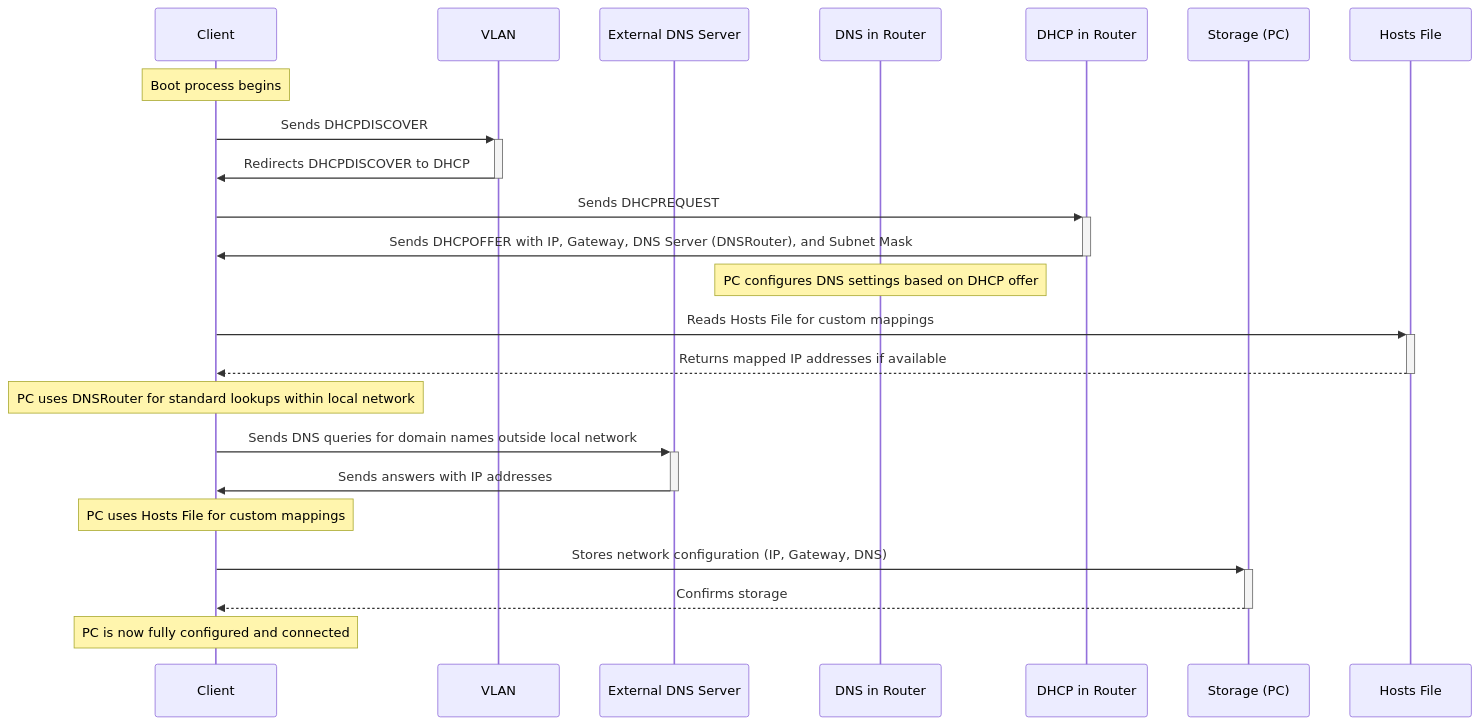
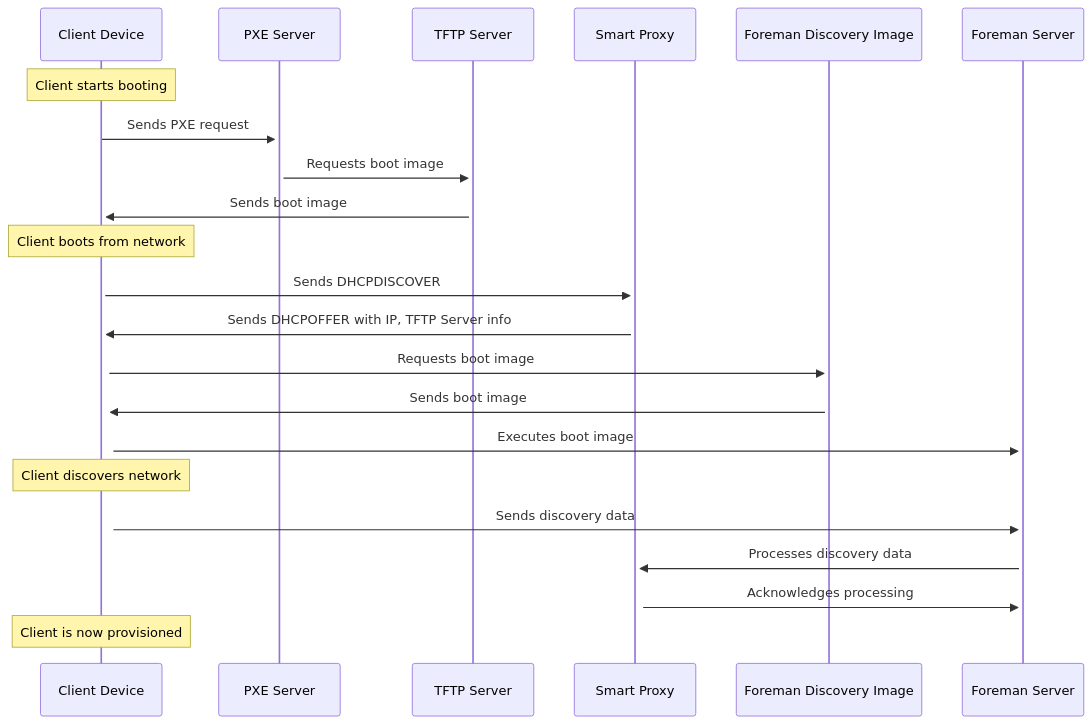
One commit to ji-podhead/RHEL_9_Foreman_Guide changed the fifth of 7 diagrams in readme.md. Above: the diagram before and after it, drawn with Mermaid. The commit also changed other lines of this file, not shown here.

````diff
--- a/readme.md
+++ b/readme.md
@@ -131,28 +132,28 @@
 ```mermaid
 sequenceDiagram
-    participant PC as Client
-    participant VLAN as VLAN
-    participant ExternalDNS as External DNS Server
-    participant DNSRouter as DNS in Router
-    participant DHCP as DHCP in Router
-    participant Storage as Storage (PC)
-    participant HostsFile as Hosts File
-    Note over PC: Boot process begins
-    PC->>+VLAN: Sends DHCPDISCOVER
-    VLAN->>-PC: Redirects DHCPDISCOVER to DHCP
-    PC->>+DHCP: Sends DHCPREQUEST
-    DHCP->>-PC: Sends DHCPOFFER with IP, Gateway, DNS Server (DNSRouter), and Subnet Mask
-    Note over DNSRouter: PC configures DNS settings based on DHCP offer
-    PC->>+HostsFile: Reads Hosts File for custom mappings
-    HostsFile-->>-PC: Returns mapped IP addresses if available
-    Note over PC: PC uses DNSRouter for standard lookups within local network
-    PC->>+ExternalDNS: Sends DNS queries for domain names outside local network
-    ExternalDNS->>-PC: Sends answers with IP addresses
-    Note over PC: PC uses Hosts File for custom mappings
-    PC->>+Storage: Stores network configuration (IP, Gateway, DNS)
-    Storage-->>-PC: Confirms storage
-    Note over PC: PC is now fully configured and connected
+    participant Client as Client Device
+    participant PXE as PXE Server
+    participant TFTP as TFTP Server
+    participant Smart_Proxy as Smart Proxy
+    participant Foreman_Discovery_Image as Foreman Discovery Image
+    participant Foreman as Foreman Server
+    Note over Client: Client starts booting
+    Client->>+PXE: Sends PXE request
+    PXE->>+TFTP: Requests boot image
+    TFTP->>+Client: Sends boot image
+    Note over Client: Client boots from network
+    Client->>+Smart_Proxy: Sends DHCPDISCOVER
+    Smart_Proxy->>+Client: Sends DHCPOFFER with IP, TFTP Server info
+    Client->>+Foreman_Discovery_Image: Requests boot image
+    Foreman_Discovery_Image->>+Client: Sends boot image
+    Client->>+Foreman: Executes boot image
+    Note over Client: Client discovers network
+    Client->>+Foreman: Sends discovery data
+    Foreman->>+Smart_Proxy: Processes discovery data
+    Smart_Proxy->>+Foreman: Acknowledges processing
+    Note over Client: Client is now provisioned
+
 
 
 
 ```
````
